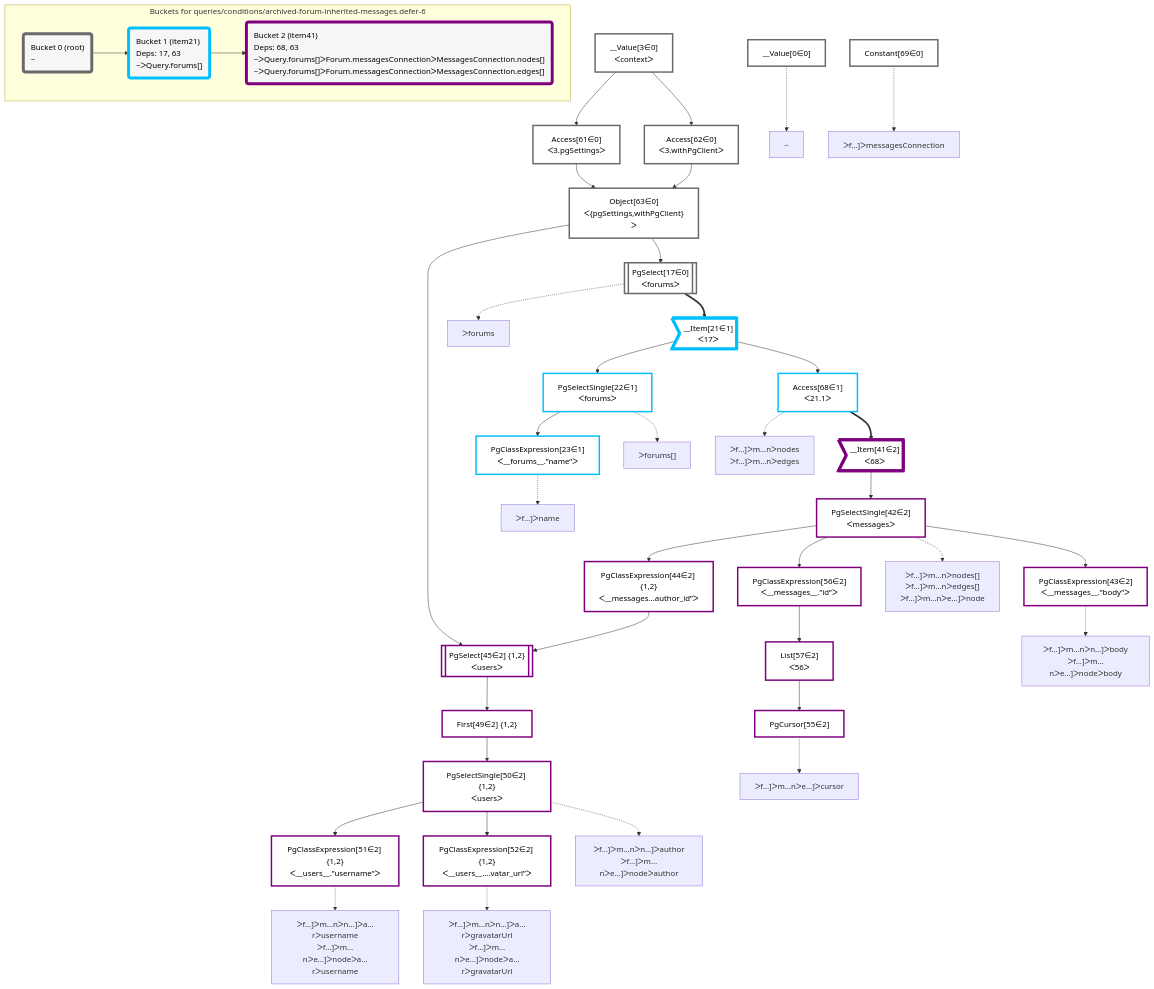
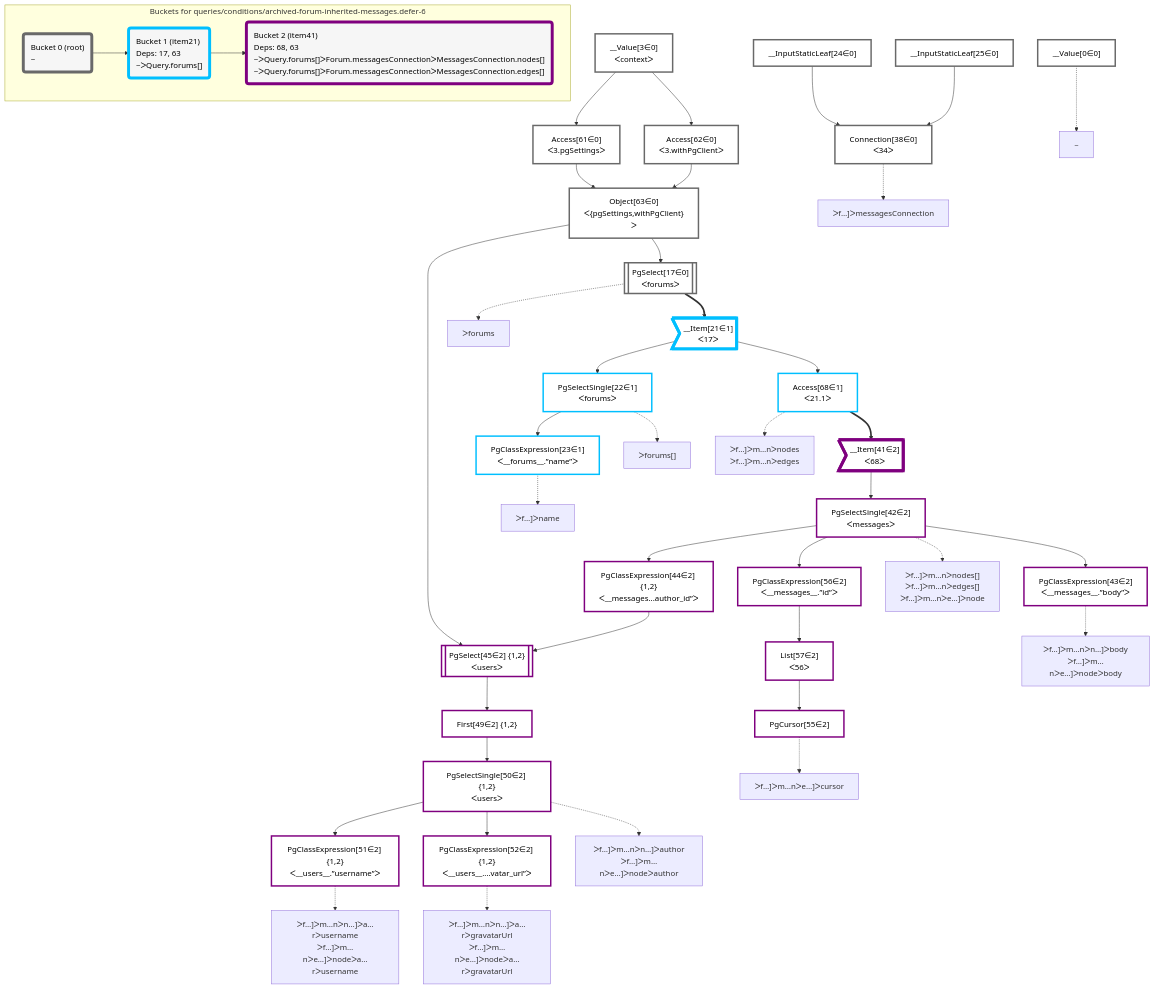
The diagram in packages/dataplan-pg/__tests__/queries/conditions/archived-forum-inherited-messages.defer-6.mermaid (graphile/crystal), drawn with Mermaid before and after one commit. The commit also changed 59 other files, not shown here.

```diff
--- a/packages/dataplan-pg/__tests__/queries/conditions/archived-forum-inherited-messages.defer-6.mermaid
+++ b/packages/dataplan-pg/__tests__/queries/conditions/archived-forum-inherited-messages.defer-6.mermaid
@@ -1,94 +1,97 @@
 graph TD
     classDef path fill:#eee,stroke:#000,color:#000
     classDef plan fill:#fff,stroke-width:3px,color:#000
     classDef itemplan fill:#fff,stroke-width:6px,color:#000
     classDef sideeffectplan fill:#f00,stroke-width:6px,color:#000
     classDef bucket fill:#f6f6f6,color:#000,stroke-width:6px,text-align:left
 
 
     %% define plans
     __Value0["__Value[0∈0]"]:::plan
     __Value3["__Value[3∈0]<br />ᐸcontextᐳ"]:::plan
     Access61["Access[61∈0]<br />ᐸ3.pgSettingsᐳ"]:::plan
     Access62["Access[62∈0]<br />ᐸ3.withPgClientᐳ"]:::plan
     Object63["Object[63∈0]<br />ᐸ{pgSettings,withPgClient}ᐳ"]:::plan
     PgSelect17[["PgSelect[17∈0]<br />ᐸforumsᐳ"]]:::plan
     __Item21>"__Item[21∈1]<br />ᐸ17ᐳ"]:::itemplan
     PgSelectSingle22["PgSelectSingle[22∈1]<br />ᐸforumsᐳ"]:::plan
     PgClassExpression23["PgClassExpression[23∈1]<br />ᐸ__forums__.”name”ᐳ"]:::plan
+    __InputStaticLeaf24["__InputStaticLeaf[24∈0]"]:::plan
+    __InputStaticLeaf25["__InputStaticLeaf[25∈0]"]:::plan
     Access68["Access[68∈1]<br />ᐸ21.1ᐳ"]:::plan
-    Constant69["Constant[69∈0]"]:::plan
+    Connection38["Connection[38∈0]<br />ᐸ34ᐳ"]:::plan
     __Item41>"__Item[41∈2]<br />ᐸ68ᐳ"]:::itemplan
     PgSelectSingle42["PgSelectSingle[42∈2]<br />ᐸmessagesᐳ"]:::plan
     PgClassExpression43["PgClassExpression[43∈2]<br />ᐸ__messages__.”body”ᐳ"]:::plan
     PgClassExpression44["PgClassExpression[44∈2] {1,2}<br />ᐸ__messages...author_id”ᐳ"]:::plan
     PgSelect45[["PgSelect[45∈2] {1,2}<br />ᐸusersᐳ"]]:::plan
     First49["First[49∈2] {1,2}"]:::plan
     PgSelectSingle50["PgSelectSingle[50∈2] {1,2}<br />ᐸusersᐳ"]:::plan
     PgClassExpression51["PgClassExpression[51∈2] {1,2}<br />ᐸ__users__.”username”ᐳ"]:::plan
     PgClassExpression52["PgClassExpression[52∈2] {1,2}<br />ᐸ__users__....vatar_url”ᐳ"]:::plan
     PgClassExpression56["PgClassExpression[56∈2]<br />ᐸ__messages__.”id”ᐳ"]:::plan
     List57["List[57∈2]<br />ᐸ56ᐳ"]:::plan
     PgCursor55["PgCursor[55∈2]"]:::plan
 
     %% plan dependencies
     __Value3 --> Access61
     __Value3 --> Access62
     Access61 & Access62 --> Object63
     Object63 --> PgSelect17
     PgSelect17 ==> __Item21
     __Item21 --> PgSelectSingle22
     PgSelectSingle22 --> PgClassExpression23
     __Item21 --> Access68
+    __InputStaticLeaf24 & __InputStaticLeaf25 --> Connection38
     Access68 ==> __Item41
     __Item41 --> PgSelectSingle42
     PgSelectSingle42 --> PgClassExpression43
     PgSelectSingle42 --> PgClassExpression44
     Object63 & PgClassExpression44 --> PgSelect45
     PgSelect45 --> First49
     First49 --> PgSelectSingle50
     PgSelectSingle50 --> PgClassExpression51
     PgSelectSingle50 --> PgClassExpression52
     PgSelectSingle42 --> PgClassExpression56
     PgClassExpression56 --> List57
     List57 --> PgCursor55
 
     %% plan-to-path relationships
     P0["~"]
     __Value0 -.-> P0
     P17["ᐳforums"]
     PgSelect17 -.-> P17
     P22["ᐳforums[]"]
     PgSelectSingle22 -.-> P22
     P23["ᐳf…]ᐳname"]
     PgClassExpression23 -.-> P23
+    P38["ᐳf…]ᐳmessagesConnection"]
+    Connection38 -.-> P38
     P42["ᐳf…]ᐳm…nᐳnodes[]<br />ᐳf…]ᐳm…nᐳedges[]<br />ᐳf…]ᐳm…nᐳe…]ᐳnode"]
     PgSelectSingle42 -.-> P42
     P43["ᐳf…]ᐳm…nᐳn…]ᐳbody<br />ᐳf…]ᐳm…nᐳe…]ᐳnodeᐳbody"]
     PgClassExpression43 -.-> P43
     P50["ᐳf…]ᐳm…nᐳn…]ᐳauthor<br />ᐳf…]ᐳm…nᐳe…]ᐳnodeᐳauthor"]
     PgSelectSingle50 -.-> P50
     P51["ᐳf…]ᐳm…nᐳn…]ᐳa…rᐳusername<br />ᐳf…]ᐳm…nᐳe…]ᐳnodeᐳa…rᐳusername"]
     PgClassExpression51 -.-> P51
     P52["ᐳf…]ᐳm…nᐳn…]ᐳa…rᐳgravatarUrl<br />ᐳf…]ᐳm…nᐳe…]ᐳnodeᐳa…rᐳgravatarUrl"]
     PgClassExpression52 -.-> P52
     P55["ᐳf…]ᐳm…nᐳe…]ᐳcursor"]
     PgCursor55 -.-> P55
     P68["ᐳf…]ᐳm…nᐳnodes<br />ᐳf…]ᐳm…nᐳedges"]
     Access68 -.-> P68
-    P69["ᐳf…]ᐳmessagesConnection"]
-    Constant69 -.-> P69
 
     subgraph "Buckets for queries/conditions/archived-forum-inherited-messages.defer-6"
     Bucket0("Bucket 0 (root)<br />~"):::bucket
     classDef bucket0 stroke:#696969
-    class Bucket0,__Value0,__Value3,PgSelect17,Access61,Access62,Object63,Constant69 bucket0
+    class Bucket0,__Value0,__Value3,PgSelect17,__InputStaticLeaf24,__InputStaticLeaf25,Connection38,Access61,Access62,Object63 bucket0
     Bucket1("Bucket 1 (item21)<br />Deps: 17, 63<br />~ᐳQuery.forums[]"):::bucket
     classDef bucket1 stroke:#00bfff
     class Bucket1,__Item21,PgSelectSingle22,PgClassExpression23,Access68 bucket1
     Bucket2("Bucket 2 (item41)<br />Deps: 68, 63<br />~ᐳQuery.forums[]ᐳForum.messagesConnectionᐳMessagesConnection.nodes[]<br />~ᐳQuery.forums[]ᐳForum.messagesConnectionᐳMessagesConnection.edges[]"):::bucket
     classDef bucket2 stroke:#7f007f
     class Bucket2,__Item41,PgSelectSingle42,PgClassExpression43,PgClassExpression44,PgSelect45,First49,PgSelectSingle50,PgClassExpression51,PgClassExpression52,PgCursor55,PgClassExpression56,List57 bucket2
     Bucket0 --> Bucket1
     Bucket1 --> Bucket2
     end
```
